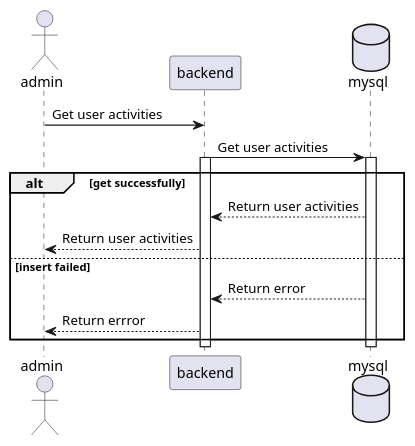
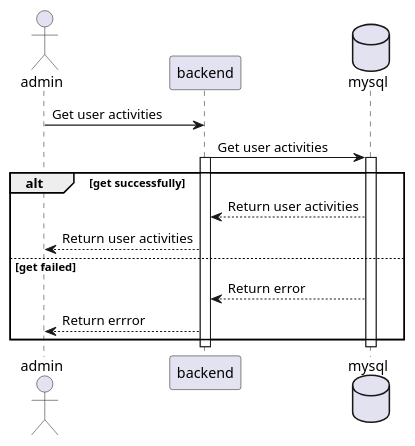
One commit to ldmtam/ecommerce-demo changed the diagram in diagram/get_activities.wsd. Above: the diagram before and after it, drawn with PlantUML. The commit also changed 1 other file, not shown here.

Commit message:
update get activities diagram

```diff
--- a/diagram/get_activities.wsd
+++ b/diagram/get_activities.wsd
@@ -1,19 +1,19 @@
 @startuml
 actor admin
 Participant backend
 Database mysql
 
 admin -> backend: Get user activities
 backend -> mysql: Get user activities
 activate backend
 activate mysql
 alt get successfully
     mysql --> backend: Return user activities
     backend --> admin: Return user activities
-else insert failed
+else get failed
     mysql --> backend: Return error
     backend --> admin: Return errror
 end
 deactivate mysql
 deactivate backend
 @enduml
```
